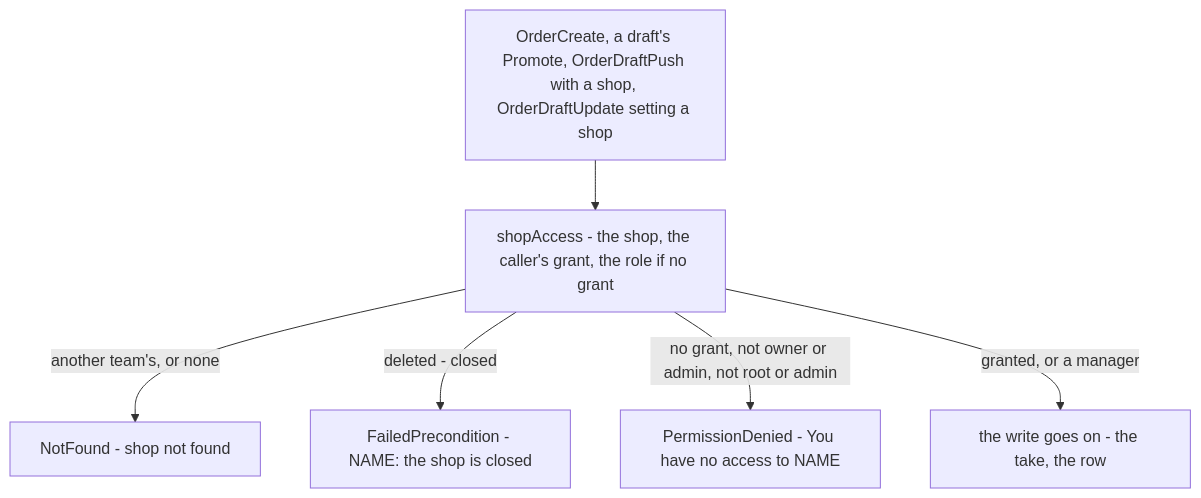
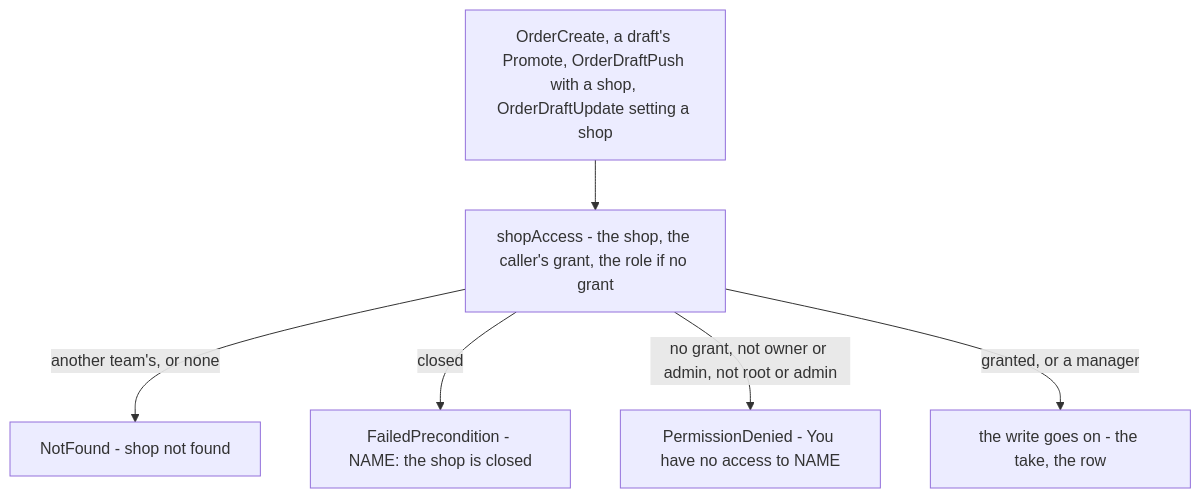
One commit to pdcgo/warehouse_revamp changed diagram 20 of 27 in docs/services/selling_service/rpc.md. Above: the diagram before and after it, drawn with Mermaid. The commit also changed other lines of this file and 89 other files, not shown here.

````diff
--- a/docs/services/selling_service/rpc.md
+++ b/docs/services/selling_service/rpc.md
@@ -1039,8 +1039,8 @@
 ```mermaid
 flowchart TD
   W["OrderCreate, a draft's Promote, OrderDraftPush with a shop, OrderDraftUpdate setting a shop"] --> A["shopAccess - the shop, the caller's grant, the role if no grant"]
   A -->|"another team's, or none"| NF["NotFound - shop not found"]
-  A -->|"deleted - closed"| FP["FailedPrecondition - NAME: the shop is closed"]
+  A -->|"closed"| FP["FailedPrecondition - NAME: the shop is closed"]
   A -->|"no grant, not owner or admin, not root or admin"| PD["PermissionDenied - You have no access to NAME"]
   A -->|"granted, or a manager"| OK["the write goes on - the take, the row"]
 ```
````
